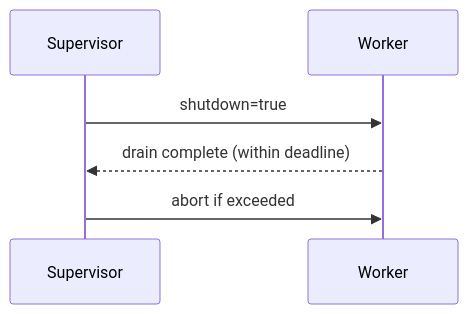
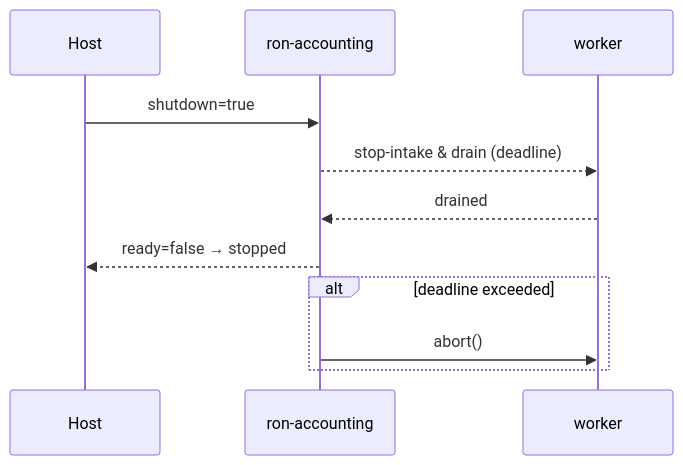
The fourth of 4 diagrams in crates/ron-accounting/docs/CONCURRENCY.MD (Y3LLOWVESTS/rustyonions), drawn with Mermaid before and after one commit. The commit also changed other lines of this file and 79 other files, not shown here.

Commit message:
Scaffolded out ron-accounting and completed IDB documentation

````diff
--- a/crates/ron-accounting/docs/CONCURRENCY.MD
+++ b/crates/ron-accounting/docs/CONCURRENCY.MD
@@ -322,8 +387,13 @@
 ```mermaid
 sequenceDiagram
-  participant S as Supervisor
-  participant W as Worker
-  S->>W: shutdown=true
-  W-->>S: drain complete (within deadline)
-  S->>W: abort if exceeded
+  participant H as Host
+  participant R as ron-accounting
+  participant W as worker
+  H->>R: shutdown=true
+  R-->>W: stop-intake & drain (deadline)
+  W-->>R: drained
+  R-->>H: ready=false → stopped
+  alt deadline exceeded
+    R->>W: abort()
+  end
 ```
````
